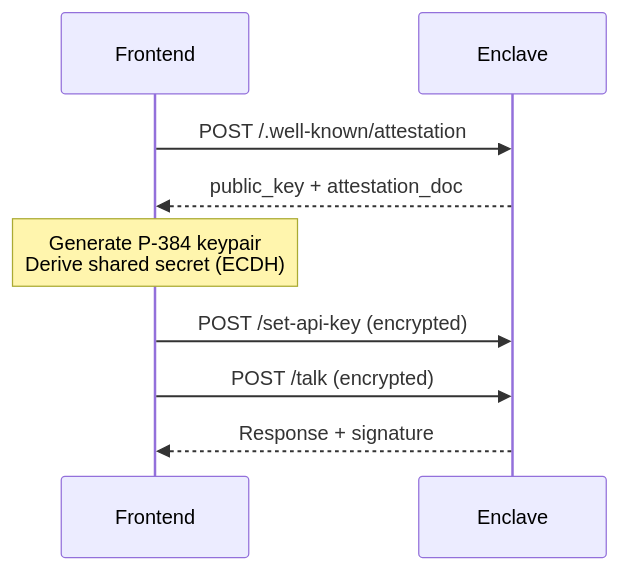
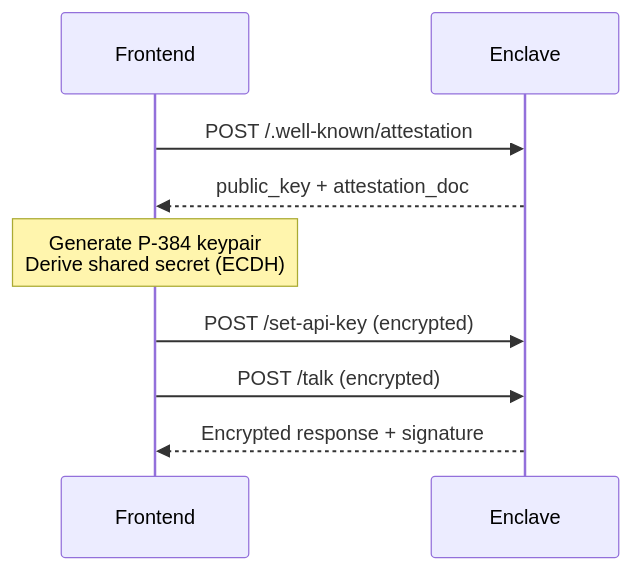
The second of 2 diagrams in secured-chat-bot/README.md (sparsity-xyz/sparsity-nova-examples), drawn with Mermaid before and after one commit.

````diff
--- a/secured-chat-bot/README.md
+++ b/secured-chat-bot/README.md
@@ -110,12 +110,12 @@
 ```mermaid
 sequenceDiagram
     participant F as Frontend
     participant E as Enclave
     
     F->>E: POST /.well-known/attestation
     E-->>F: public_key + attestation_doc
     Note over F: Generate P-384 keypair<br/>Derive shared secret (ECDH)
     F->>E: POST /set-api-key (encrypted)
     F->>E: POST /talk (encrypted)
-    E-->>F: Response + signature
+    E-->>F: Encrypted response + signature
 ```
````
